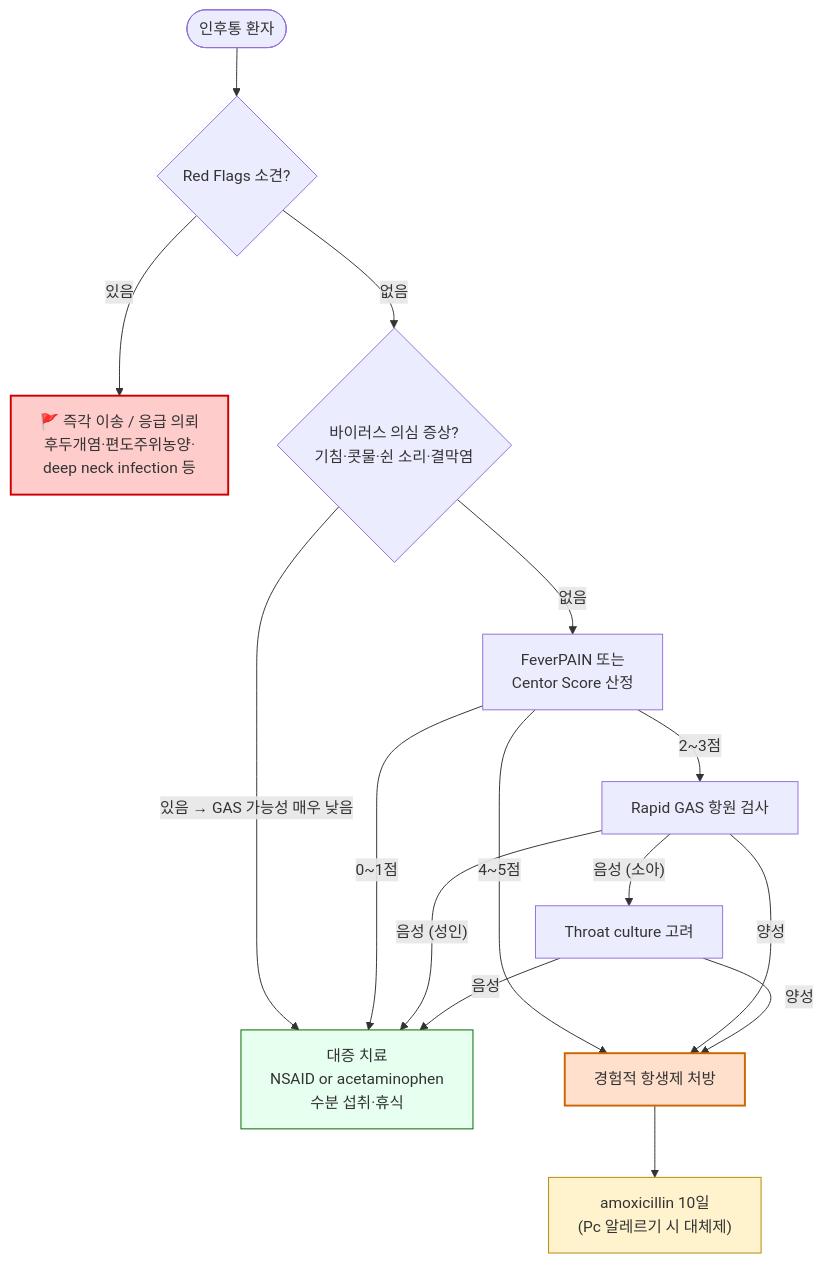
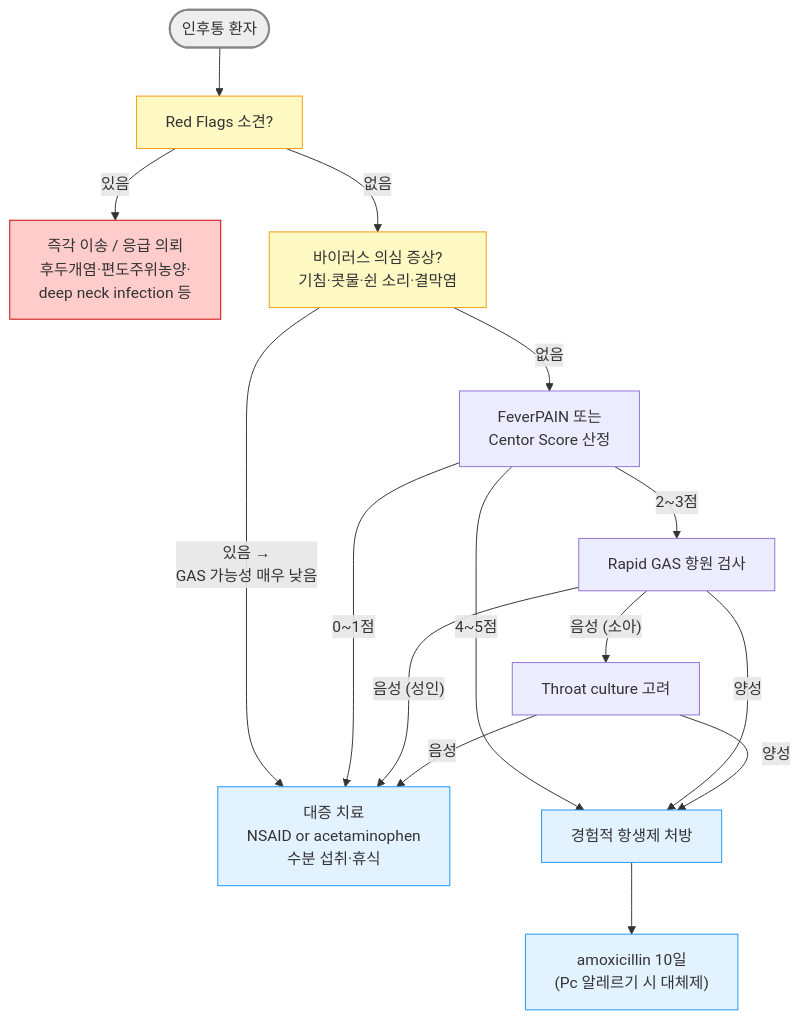
One commit to familyoh77/familyoh77 changed the diagram in 223_/061_-acute-pharyngitis.md. Above: the diagram before and after it, drawn with Mermaid. The commit also changed other lines of this file, not shown here.

````diff
--- a/223_/061_-acute-pharyngitis.md
+++ b/223_/061_-acute-pharyngitis.md
@@ -137,22 +136,25 @@
 ```mermaid
 graph TD
-    A([인후통 환자]) --> B{Red Flags 소견?}
-    B -->|있음| C["🚩 즉각 이송 / 응급 의뢰<br/>후두개염·편도주위농양·<br/>deep neck infection 등"]
-    B -->|없음| D{"바이러스 의심 증상?<br/>기침·콧물·쉰 소리·결막염"}
-    D -->|"있음 → GAS 가능성 매우 낮음"| E["대증 치료<br/>NSAID or acetaminophen<br/>수분 섭취·휴식"]
+    A([인후통 환자]) --> B[Red Flags 소견?]
+    B -->|있음| C["즉각 이송 / 응급 의뢰<br/>후두개염·편도주위농양·<br/>deep neck infection 등"]
+    B -->|없음| D["바이러스 의심 증상?<br/>기침·콧물·쉰 소리·결막염"]
+    D -->|"있음 → <br/>GAS 가능성 매우 낮음"| E["대증 치료<br/>NSAID or acetaminophen<br/>수분 섭취·휴식"]
     D -->|없음| F["FeverPAIN 또는<br/>Centor Score 산정"]
     F -->|"0~1점"| E
     F -->|"2~3점"| G["Rapid GAS 항원 검사"]
     F -->|"4~5점"| H["경험적 항생제 처방"]
     G -->|양성| H
     G -->|"음성 (성인)"| E
     G -->|"음성 (소아)"| J["Throat culture 고려"]
     J -->|양성| H
     J -->|음성| E
     H --> I["amoxicillin 10일<br/>(Pc 알레르기 시 대체제)"]
 
-    style C fill:#ffcccc,stroke:#cc0000,stroke-width:2px
-    style H fill:#ffe0cc,stroke:#cc6600,stroke-width:2px
-    style E fill:#e6ffee,stroke:#006600,stroke-width:1px
-    style I fill:#fff3cd,stroke:#b8860b,stroke-width:1px
+style A fill:#eeeeee,stroke:#888888,stroke-width:2px
+classDef yellow fill:#fff9c4,stroke:#f39c12
+class B,D yellow
+style C fill:#ffcccc,stroke:#cc0000
+classDef sky fill:#e3f2ff,stroke:#2196f3
+class E,I,H sky
+
 ```
````
